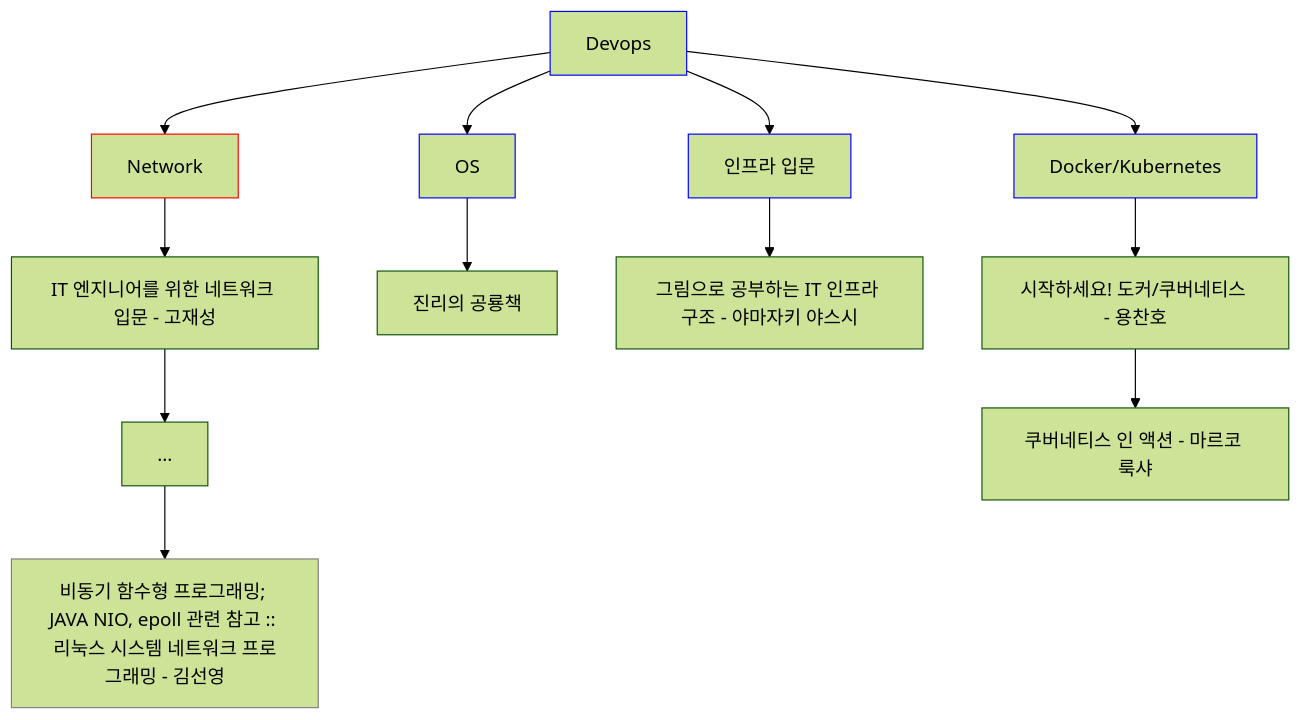
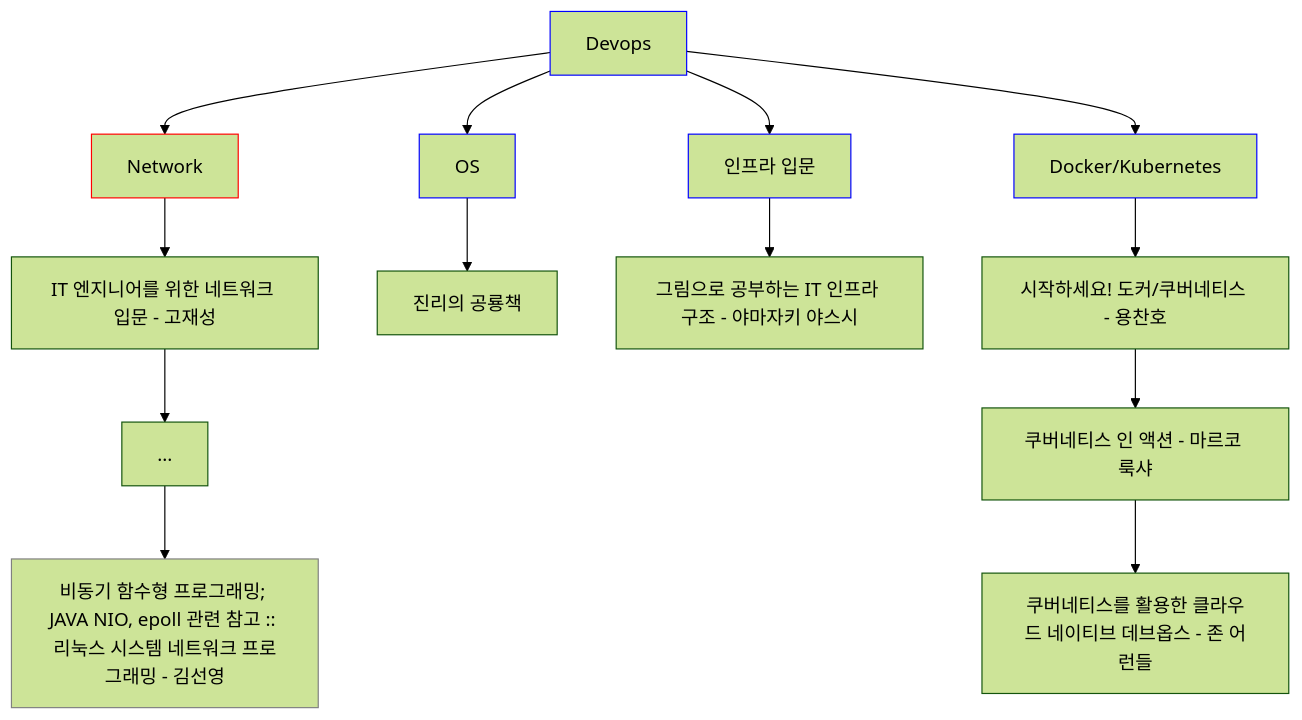
One commit to suyeon-jung-dev/suyeon-jung-dev changed the third of 4 diagrams in learning-records/roadmap/BackendJuniorLoadmap.md. Above: the diagram before and after it, drawn with Mermaid (forest theme). The commit also changed other lines of this file, not shown here.

````diff
--- a/learning-records/roadmap/BackendJuniorLoadmap.md
+++ b/learning-records/roadmap/BackendJuniorLoadmap.md
@@ -70,25 +70,26 @@
 ```mermaid
 
 graph TD
     Network:::red
     --> network1[IT 엔지니어를 위한 네트워크 입문 - 고재성]
     network1 --> network2[...]
     network2 --> network3[ 비동기 함수형 프로그래밍; JAVA NIO, epoll 관련 참고 :: 리눅스 시스템 네트워크 프로그래밍 - 김선영]:::gray
     
     
     DevOps[Devops]:::blue --> Network
     DevOps --> OS[OS]:::blue --> os1[진리의 공룡책]
     DevOps --> Infra[인프라 입문]:::blue
     Infra --> devops1[그림으로 공부하는 IT 인프라 구조 - 야마자키 야스시]
     DevOps --> Kube[Docker/Kubernetes]:::blue
     Kube --> kube1[시작하세요! 도커/쿠버네티스 - 용찬호]
     kube1 --> kube2[쿠버네티스 인 액션 - 마르코 룩샤]
+    kube2 --> kube3[쿠버네티스를 활용한 클라우드 네이티브 데브옵스 - 존 어런들]
 %%    DevOps --> CICD["`CI/CD`"]
 %%    CICD --> cicd1[젠킨스 2 시작하기 - 브렌트 래스터]
 
     classDef red stroke:#f00
     classDef blue stroke:#00f
     classDef gray stroke:#808080
     
 
 ```
````
